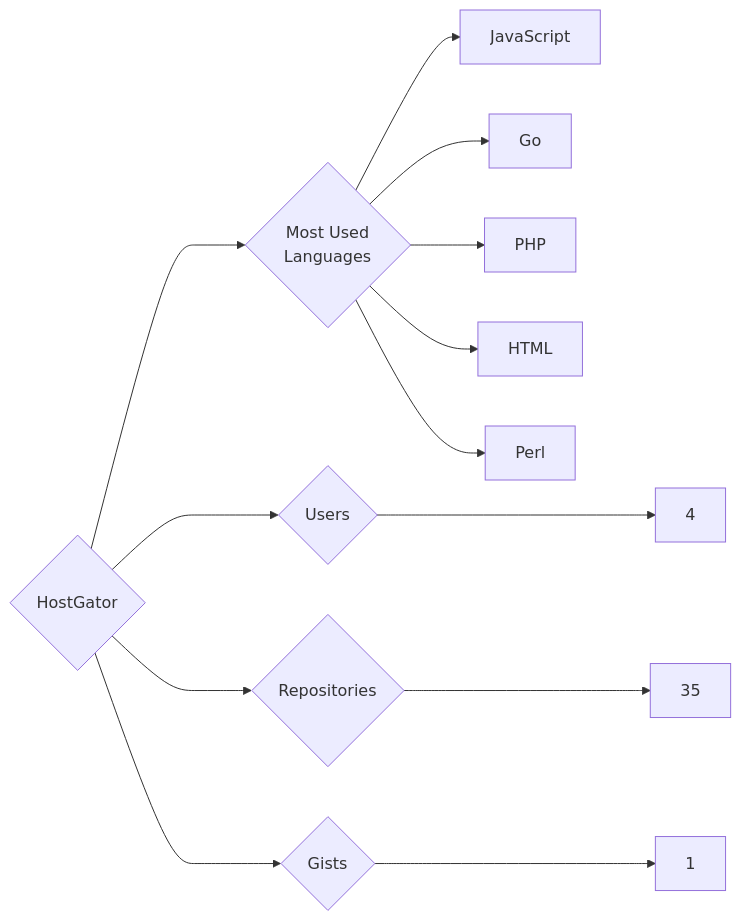
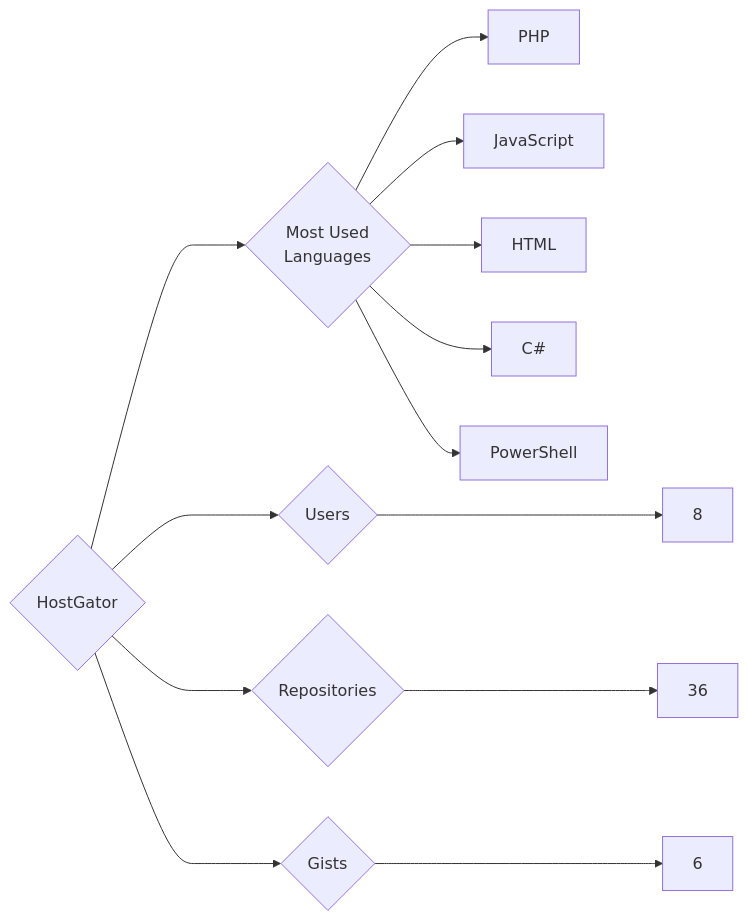
Before and after one commit to trickest/insiders: the diagram in targets/HostGator/README.md, drawn with Mermaid. The commit also changed 934 other files, not shown here.

````diff
--- a/targets/HostGator/README.md
+++ b/targets/HostGator/README.md
@@ -3,13 +3,13 @@
 ```mermaid
 graph LR
 COMPANY_NAME{HostGator}
-COMPANY_NAME ---> U{Users} ---> UN[4]
-COMPANY_NAME ---> R{Repositories} ---> RN[35]
-COMPANY_NAME ---> G{Gists} ---> GN[1]
+COMPANY_NAME ---> U{Users} ---> UN[8]
+COMPANY_NAME ---> R{Repositories} ---> RN[36]
+COMPANY_NAME ---> G{Gists} ---> GN[6]
 COMPANY_NAME ---> ML{Most Used<br>Languages}
+ML --> PHP[PHP]
 ML --> JavaScript[JavaScript]
-ML --> Go[Go]
-ML --> PHP[PHP]
 ML --> HTML[HTML]
-ML --> Perl[Perl]
+ML --> C#[C#]
+ML --> PowerShell[PowerShell]
 ```
````
